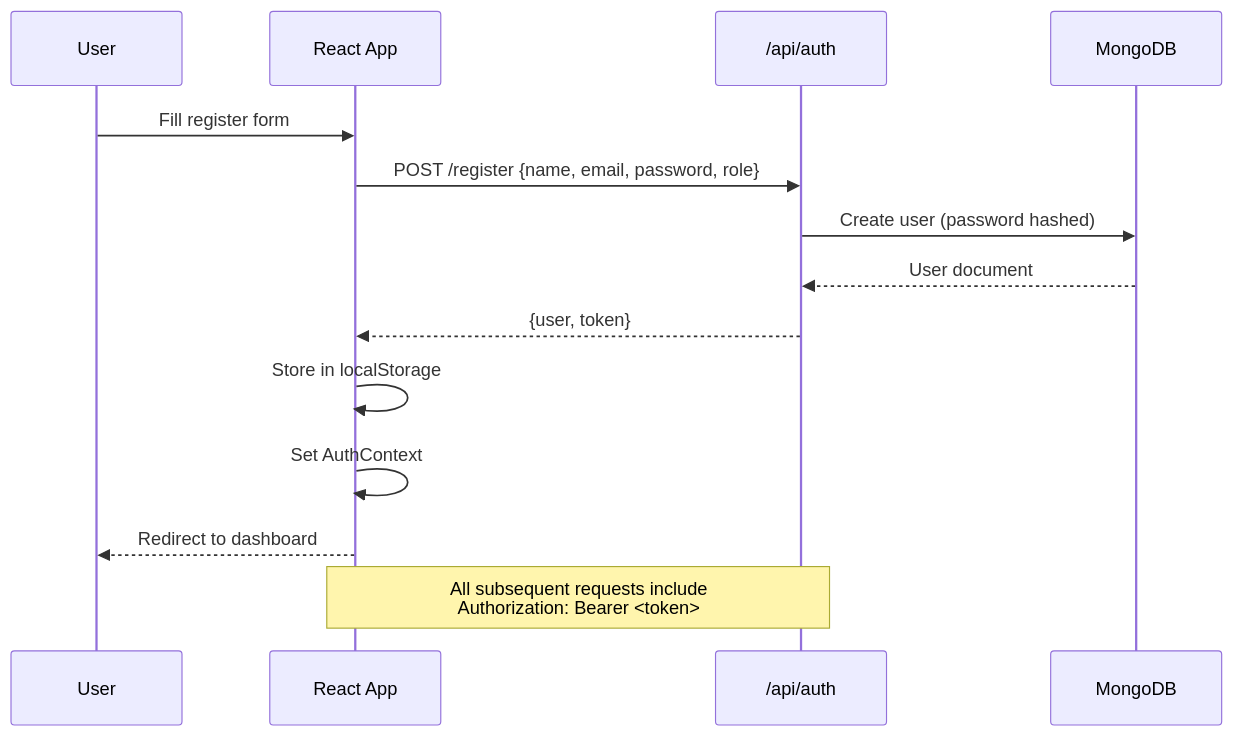
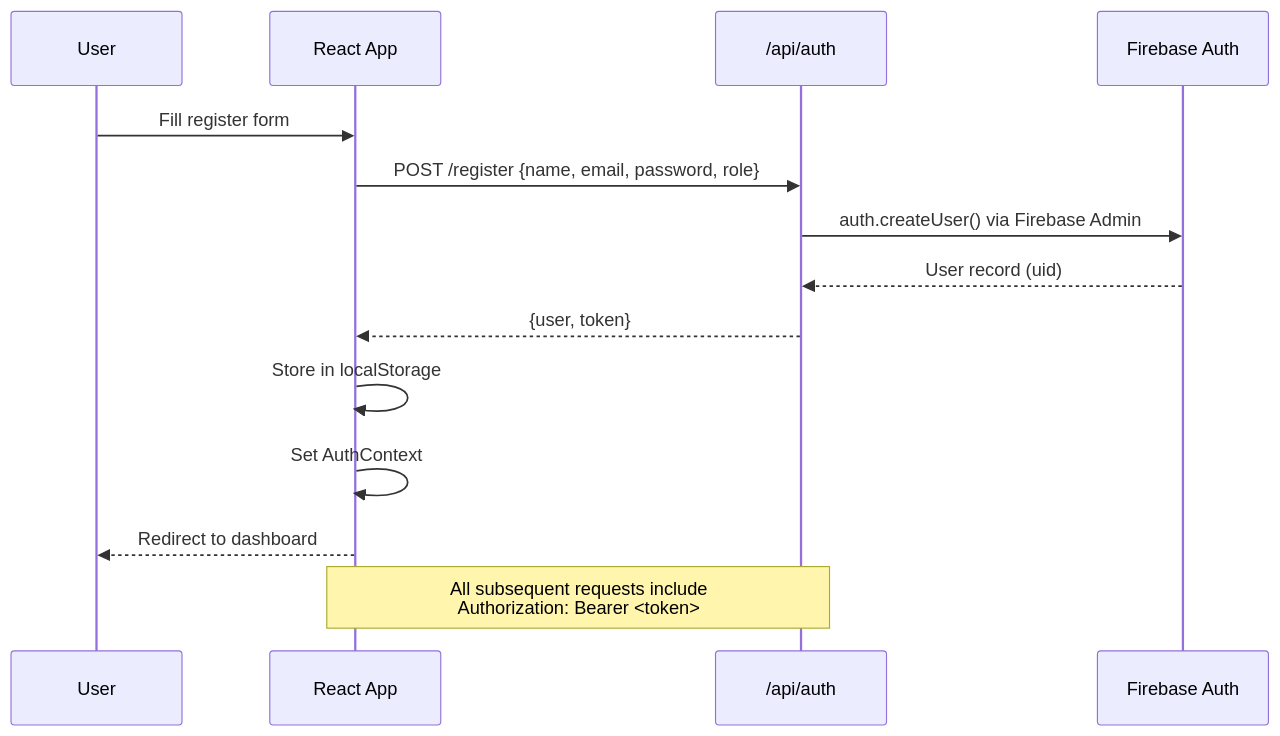
The third of 6 diagrams in ARCHITECTURE.md (TANMAY4806w/business-portfolio), drawn with Mermaid before and after one commit. The commit also changed other lines of this file and 2 other files, not shown here.

Commit message:
docs: update architecture and payment pitch to reflect firebase and simulated gateway

````diff
--- a/ARCHITECTURE.md
+++ b/ARCHITECTURE.md
@@ -68,18 +68,18 @@
 ```mermaid
 sequenceDiagram
     participant U as User
     participant R as React App
     participant A as /api/auth
-    participant DB as MongoDB
+    participant DB as Firebase Auth
 
     U->>R: Fill register form
     R->>A: POST /register {name, email, password, role}
-    A->>DB: Create user (password hashed)
-    DB-->>A: User document
+    A->>DB: auth.createUser() via Firebase Admin
+    DB-->>A: User record (uid)
     A-->>R: {user, token}
     R->>R: Store in localStorage
     R->>R: Set AuthContext
     R-->>U: Redirect to dashboard
 
     Note over R,A: All subsequent requests include<br/>Authorization: Bearer <token>
 ```
````
